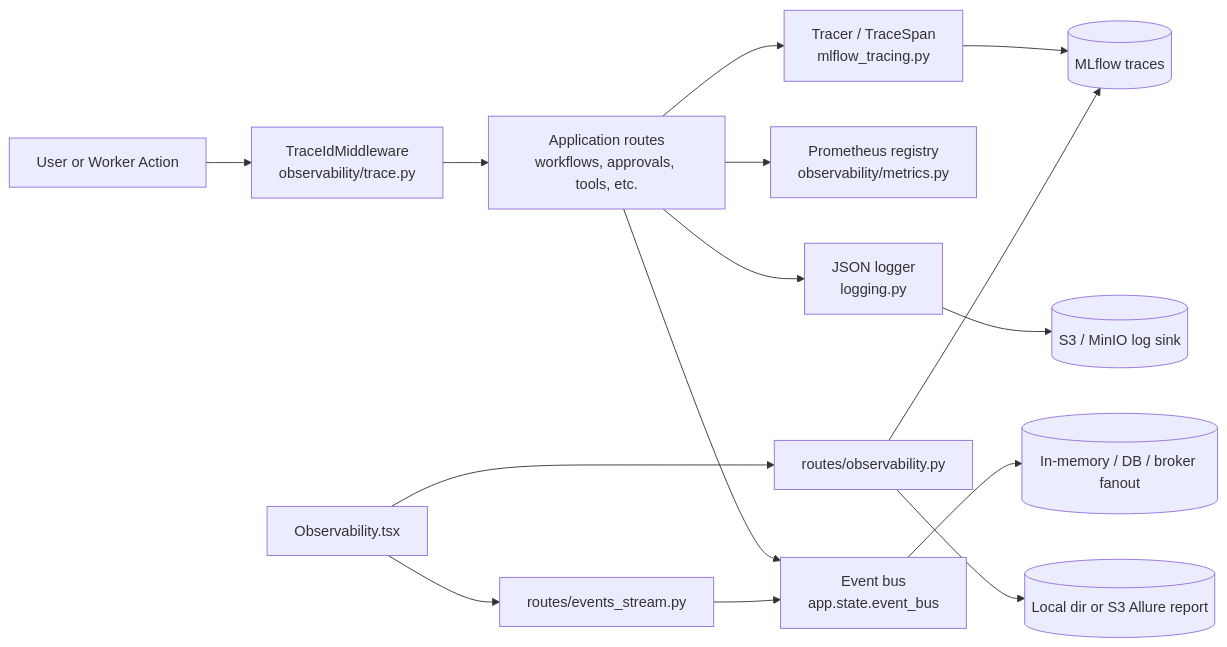
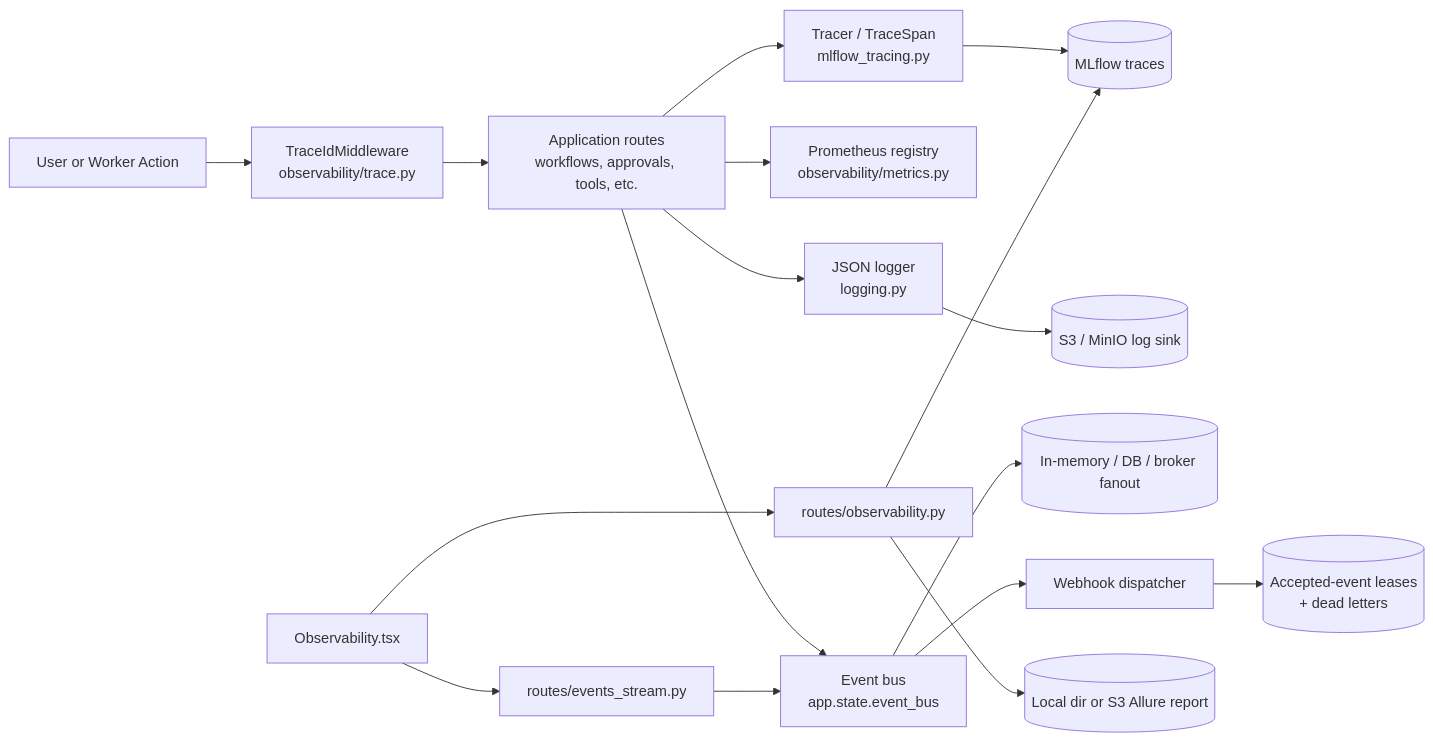
Before and after one commit to rrahimi-uci/caliber-suite: the first of 2 diagrams in caliber/caliber-ui/public/docs/m-09-observability.md, drawn with Mermaid. The commit also changed other lines of this file and 237 other files, not shown here.

````diff
--- a/caliber/caliber-ui/public/docs/m-09-observability.md
+++ b/caliber/caliber-ui/public/docs/m-09-observability.md
@@ -100,26 +113,29 @@
 ```mermaid
 flowchart LR
     U[User or Worker Action]:::user
     MW[TraceIdMiddleware<br/>observability/trace.py]:::ctrl
     API[Application routes<br/>workflows, approvals, tools, etc.]:::ctrl
     TR[Tracer / TraceSpan<br/>mlflow_tracing.py]:::ctrl
     MLF[(MLflow traces)]:::ext
     MET[Prometheus registry<br/>observability/metrics.py]:::ctrl
     LOG[JSON logger<br/>logging.py]:::ctrl
     S3LOG[(S3 / MinIO log sink)]:::store
     BUS[Event bus<br/>app.state.event_bus]:::async
     FAN[(In-memory / DB / broker fanout)]:::async
+    WH[Webhook dispatcher]:::async
+    WSTATE[(Accepted-event leases<br/>+ dead letters)]:::store
     OBS[routes/observability.py]:::ctrl
     SSE[routes/events_stream.py]:::ctrl
     ALLURE[(Local dir or S3 Allure report)]:::store
     UI[Observability.tsx]:::ui
 
     U --> MW --> API
     API --> TR --> MLF
     API --> MET
     API --> LOG --> S3LOG
     API --> BUS --> FAN
+    BUS --> WH --> WSTATE
     UI --> OBS --> MLF
     UI --> SSE --> BUS
     OBS --> ALLURE
 ```
````
